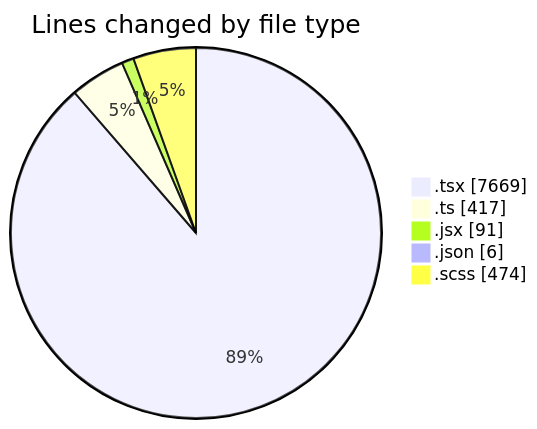
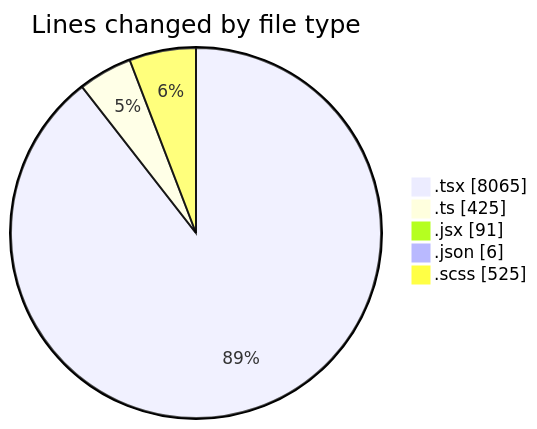
One commit to momahboobian/code-tracking changed the first of 2 diagrams in 2026-04-27/cda/README.md. Above: the diagram before and after it, drawn with Mermaid. The commit also changed other lines of this file and 1 other file, not shown here.

````diff
--- a/2026-04-27/cda/README.md
+++ b/2026-04-27/cda/README.md
@@ -48,9 +55,9 @@
 ```mermaid
 pie showData
 title Lines changed by file type
-".tsx" : 7669
-".ts" : 417
+".tsx" : 8065
+".ts" : 425
 ".jsx" : 91
 ".json" : 6
-".scss" : 474
+".scss" : 525
 ```
````
